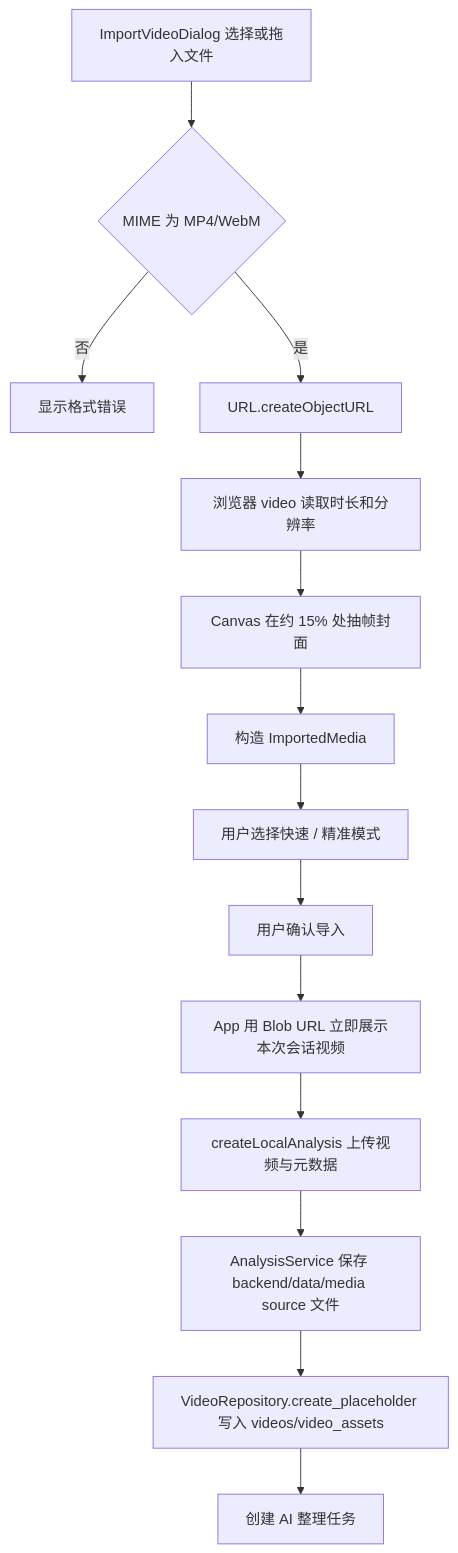
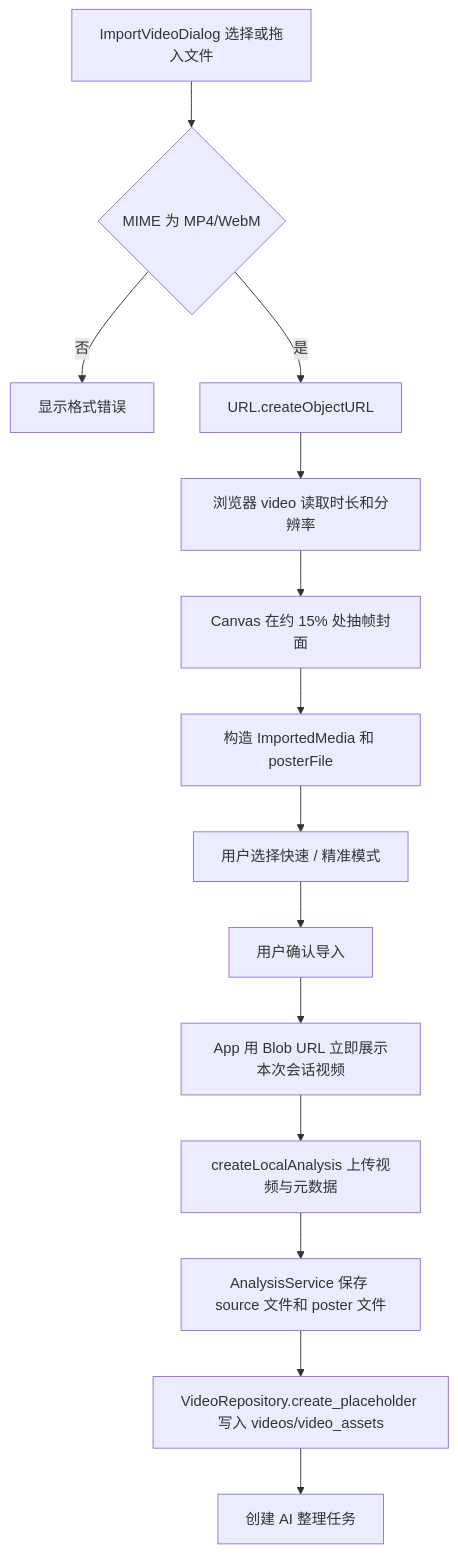
The tenth of 20 diagrams in docs/项目说明文档.md (qwe605/xunlei_ai_video), drawn with Mermaid before and after one commit. The commit also changed other lines of this file and 12 other files, not shown here.

````diff
--- a/docs/项目说明文档.md
+++ b/docs/项目说明文档.md
@@ -562,16 +563,16 @@
 ```mermaid
 flowchart TD
     A["ImportVideoDialog 选择或拖入文件"] --> B{"MIME 为 MP4/WebM"}
     B -->|否| C["显示格式错误"]
     B -->|是| D["URL.createObjectURL"]
     D --> E["浏览器 video 读取时长和分辨率"]
     E --> F["Canvas 在约 15% 处抽帧封面"]
-    F --> G["构造 ImportedMedia"]
+    F --> G["构造 ImportedMedia 和 posterFile"]
     G --> H["用户选择快速 / 精准模式"]
     H --> I["用户确认导入"]
     I --> J["App 用 Blob URL 立即展示本次会话视频"]
     J --> K["createLocalAnalysis 上传视频与元数据"]
-    K --> L["AnalysisService 保存 backend/data/media source 文件"]
+    K --> L["AnalysisService 保存 source 文件和 poster 文件"]
     L --> M["VideoRepository.create_placeholder 写入 videos/video_assets"]
     M --> N["创建 AI 整理任务"]
 ```
````
